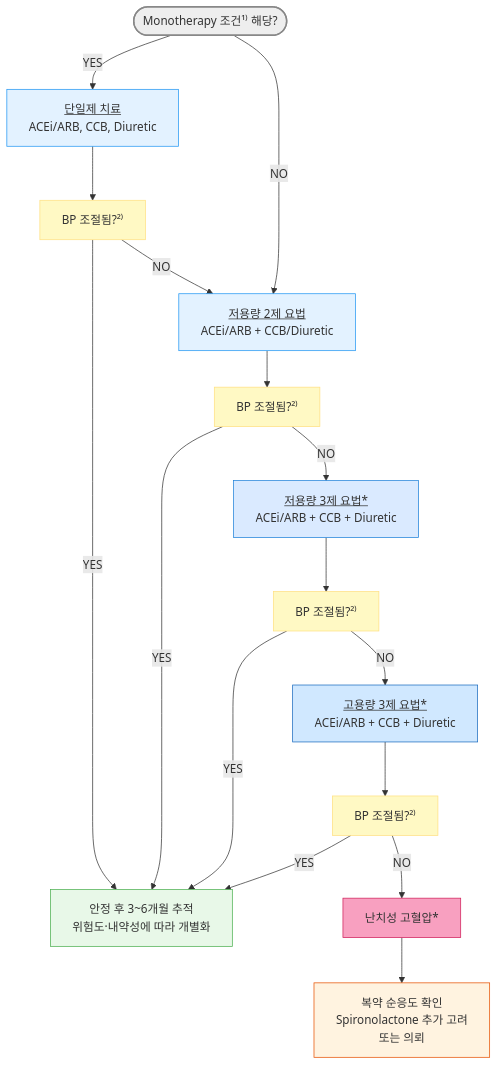
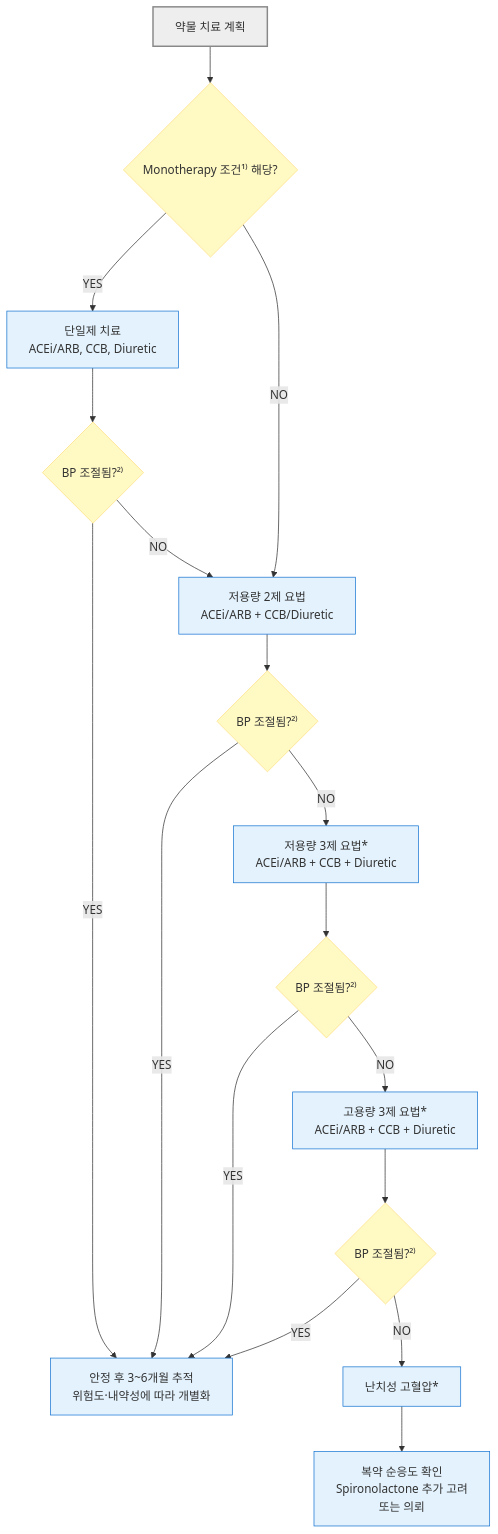
One commit to familyoh77/familyoh77 changed the third of 4 diagrams in 225_/095_-hypertension.md. Above: the diagram before and after it, drawn with Mermaid. The commit also changed other lines of this file and 5 other files, not shown here.

````diff
--- a/225_/095_-hypertension.md
+++ b/225_/095_-hypertension.md
@@ -961,45 +949,55 @@
 ```mermaid
-graph TD
-    Start(["Monotherapy 조건¹⁾ 해당?"])
-style Start fill:#eeeeee,stroke:#888888,stroke-width:2px
-    T0["<u>단일제 치료</u><br/>ACEi/ARB, CCB, Diuretic"]  
-    T1["<u>저용량 2제 요법</u><br/>ACEi/ARB + CCB/Diuretic"]  
-    T2["<u>저용량 3제 요법*</u><br/>ACEi/ARB + CCB + Diuretic"]
-    T3["<u>고용량 3제 요법*</u><br/>ACEi/ARB + CCB + Diuretic"]
-style T0 fill:#e3f2ff,stroke:#2196f3
-style T1 fill:#e3f2ff,stroke:#2196f3
-style T2 fill:#daeaff,stroke:#1e80d9
-style T3 fill:#d0e8ff,stroke:#1a6abf
-    Check0["BP 조절됨?²⁾"]
-    Check1["BP 조절됨?²⁾"]
-    Check2["BP 조절됨?²⁾"]
-    Check3["BP 조절됨?²⁾"]
-classDef yellow fill:#fff9c4,stroke:#ffe082
-class Check0,Check1,Check2,Check3 yellow
+flowchart TD
+    Begin["약물 치료 계획"] --> Start{"Monotherapy 조건¹⁾ 해당?"}
+
+    T0["단일제 치료
+ACEi/ARB, CCB, Diuretic"]  
+    T1["저용량 2제 요법
+ACEi/ARB + CCB/Diuretic"]  
+    T2["저용량 3제 요법*
+ACEi/ARB + CCB + Diuretic"]
+    T3["고용량 3제 요법*
+ACEi/ARB + CCB + Diuretic"]
+
+
+    Check0{"BP 조절됨?²⁾"}
+    Check1{"BP 조절됨?²⁾"}
+    Check2{"BP 조절됨?²⁾"}
+    Check3{"BP 조절됨?²⁾"}
+
+
     Resistant["난치성 고혈압*"]
-style Resistant fill:#f8a0c0,stroke:#d01f5a
-    Action2["복약 순응도 확인<br/>Spironolactone 추가 고려<br/>또는 의뢰"]
-style Action2 fill:#fff3e0,stroke:#e65100
-    FU["안정 후 3~6개월 추적<br/>위험도·내약성에 따라 개별화"]
-style FU fill:#e8f8e8,stroke:#4caf50
+
+    Action2["복약 순응도 확인
+Spironolactone 추가 고려
+또는 의뢰"]
+
+    FU["안정 후 3~6개월 추적
+위험도·내약성에 따라 개별화"]
+
     Start --YES--> T0
 
     T0 --> Check0
     Check0 -- YES --> FU
     Check0 -- NO --> T1
     Start --NO--> T1    
     T1 --> Check1
     Check1 -- YES --> FU
     Check1 -- NO --> T2
     
     T2 --> Check2
     Check2 -- YES --> FU
     Check2 -- NO --> T3
     
     T3 --> Check3
     Check3 -- YES --> FU
     Check3 -- NO --> Resistant
     
     Resistant --> Action2
-
+    classDef question fill:#fff9c4,stroke:#ffe082
+    classDef treatment fill:#e3f2fd,stroke:#1976d2
+    classDef emergency fill:#ffdddd,stroke:#d32f2f,stroke-width:2px
+    class Start,Check0,Check1,Check2,Check3 question
+    class T0,T1,T2,T3,Resistant,Action2,FU treatment
+    style Begin fill:#eeeeee,stroke:#888888,stroke-width:2px
 ```
````
